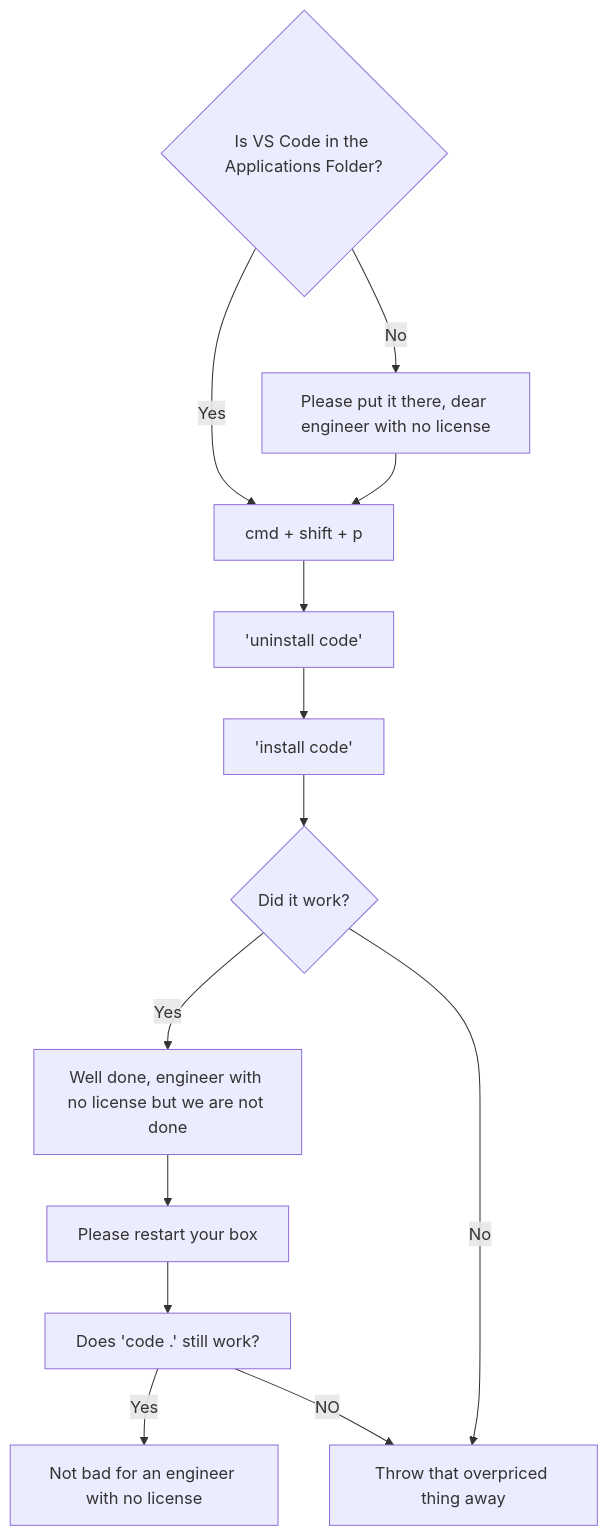
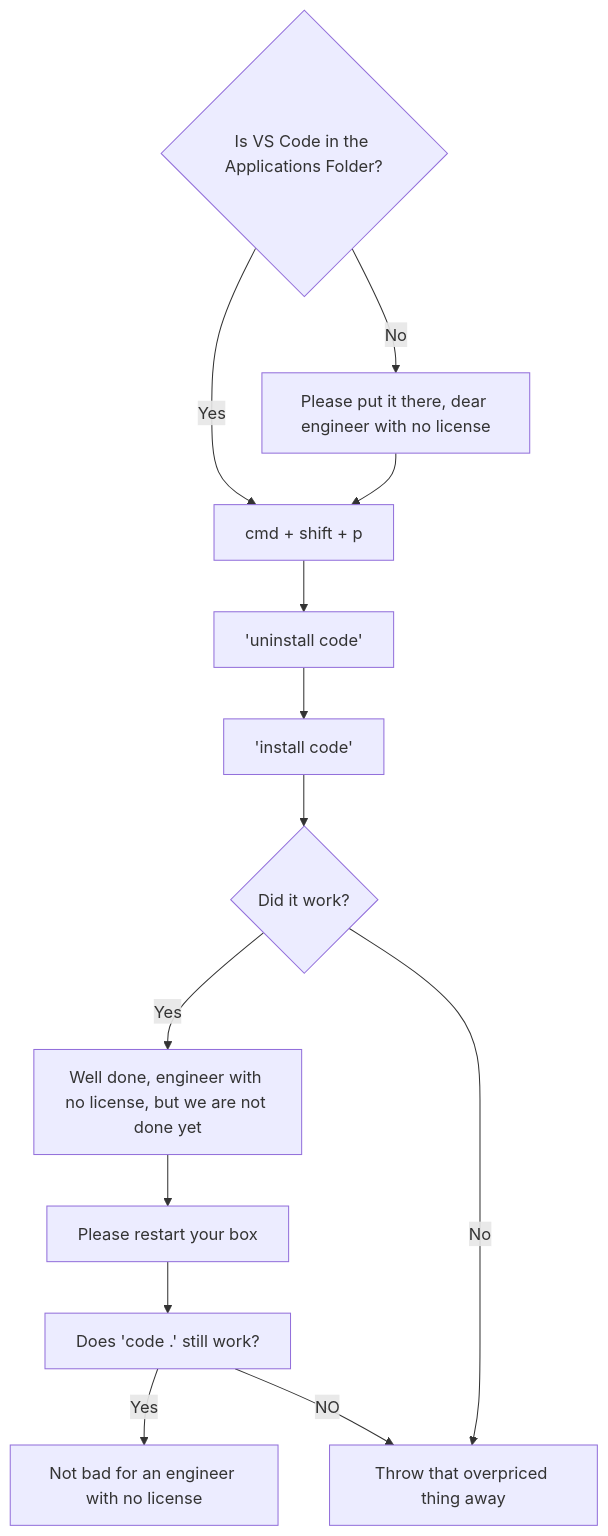
The diagram in "code ." command is not working.md (fzlck/Solution-flowchart), drawn with Mermaid before and after one commit. The commit also changed other lines of this file, not shown here.

Commit message:
Update "code ." command is not working.md

````diff
--- a/"code ." command is not working.md
+++ b/"code ." command is not working.md
@@ -7,16 +11,16 @@
 ```mermaid
 flowchart TD
     A{Is VS Code in the Applications Folder?}
     A -- Yes --> B[cmd + shift + p]
     A -- No --> C[Please put it there, dear engineer with no license]
     C --> B
     B --> D['uninstall code']
     D --> E['install code']
     E --> F{Did it work?}
-    F -- Yes --> G[Well done, engineer with no license but we are not done]
+    F -- Yes --> G[Well done, engineer with no license, but we are not done yet]
     F -- No --> h[Throw that overpriced thing away]
     G --> H[Please restart your box]
     H --> I[Does 'code .' still work?]
     I -- Yes --> J[Not bad for an engineer with no license]
     I -- NO --> h
 ```
````
